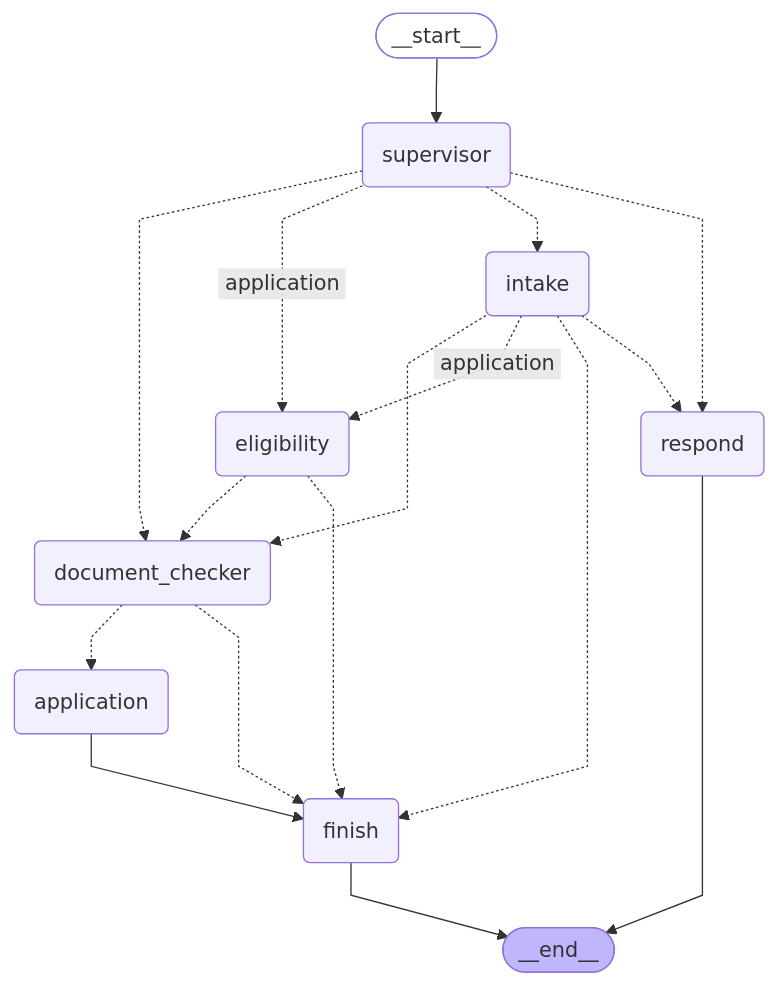
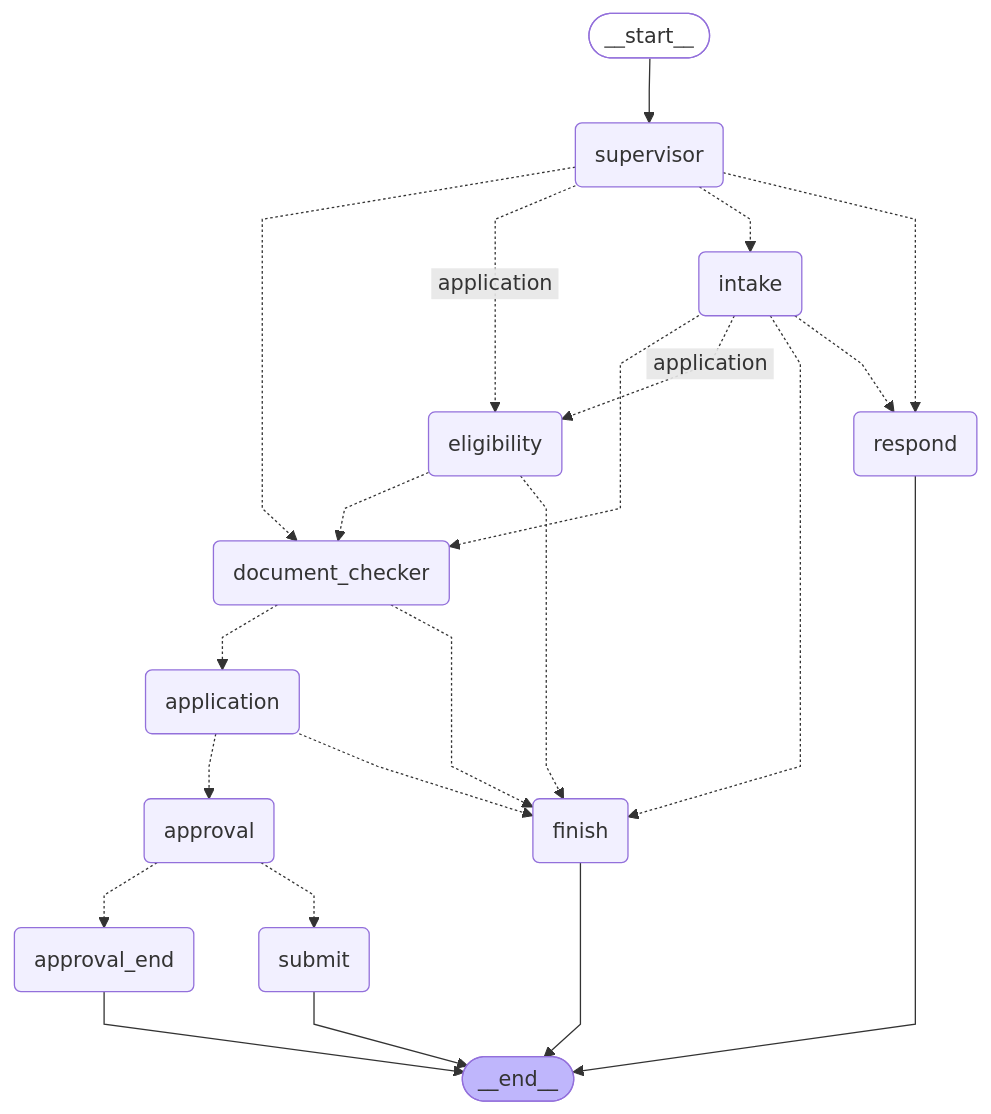
Before and after one commit to scheme-saathi/scheme-saathi: the diagram in docs/workflow-graph.md, drawn with Mermaid. The commit also changed 10 other files, not shown here.

First line of the commit message:
Add approval, portal draft and write-tool hook to the application flow

````diff
--- a/docs/workflow-graph.md
+++ b/docs/workflow-graph.md
@@ -8,36 +8,44 @@
 ```mermaid
 ---
 config:
   flowchart:
     curve: linear
 ---
 graph TD;
 	__start__([<p>__start__</p>]):::first
 	supervisor(supervisor)
 	intake(intake)
 	eligibility(eligibility)
 	document_checker(document_checker)
 	application(application)
+	approval(approval)
+	approval_end(approval_end)
+	submit(submit)
 	finish(finish)
 	respond(respond)
 	__end__([<p>__end__</p>]):::last
 	__start__ --> supervisor;
-	application --> finish;
+	application -.-> approval;
+	application -.-> finish;
+	approval -.-> approval_end;
+	approval -.-> submit;
 	document_checker -.-> application;
 	document_checker -.-> finish;
 	eligibility -.-> document_checker;
 	eligibility -.-> finish;
 	intake -.-> document_checker;
 	intake -. &nbsp;application&nbsp; .-> eligibility;
 	intake -.-> finish;
 	intake -.-> respond;
 	supervisor -.-> document_checker;
 	supervisor -. &nbsp;application&nbsp; .-> eligibility;
 	supervisor -.-> intake;
 	supervisor -.-> respond;
+	approval_end --> __end__;
 	finish --> __end__;
 	respond --> __end__;
+	submit --> __end__;
 	classDef default fill:#f2f0ff,line-height:1.2
 	classDef first fill-opacity:0
 	classDef last fill:#bfb6fc
 ```
````
